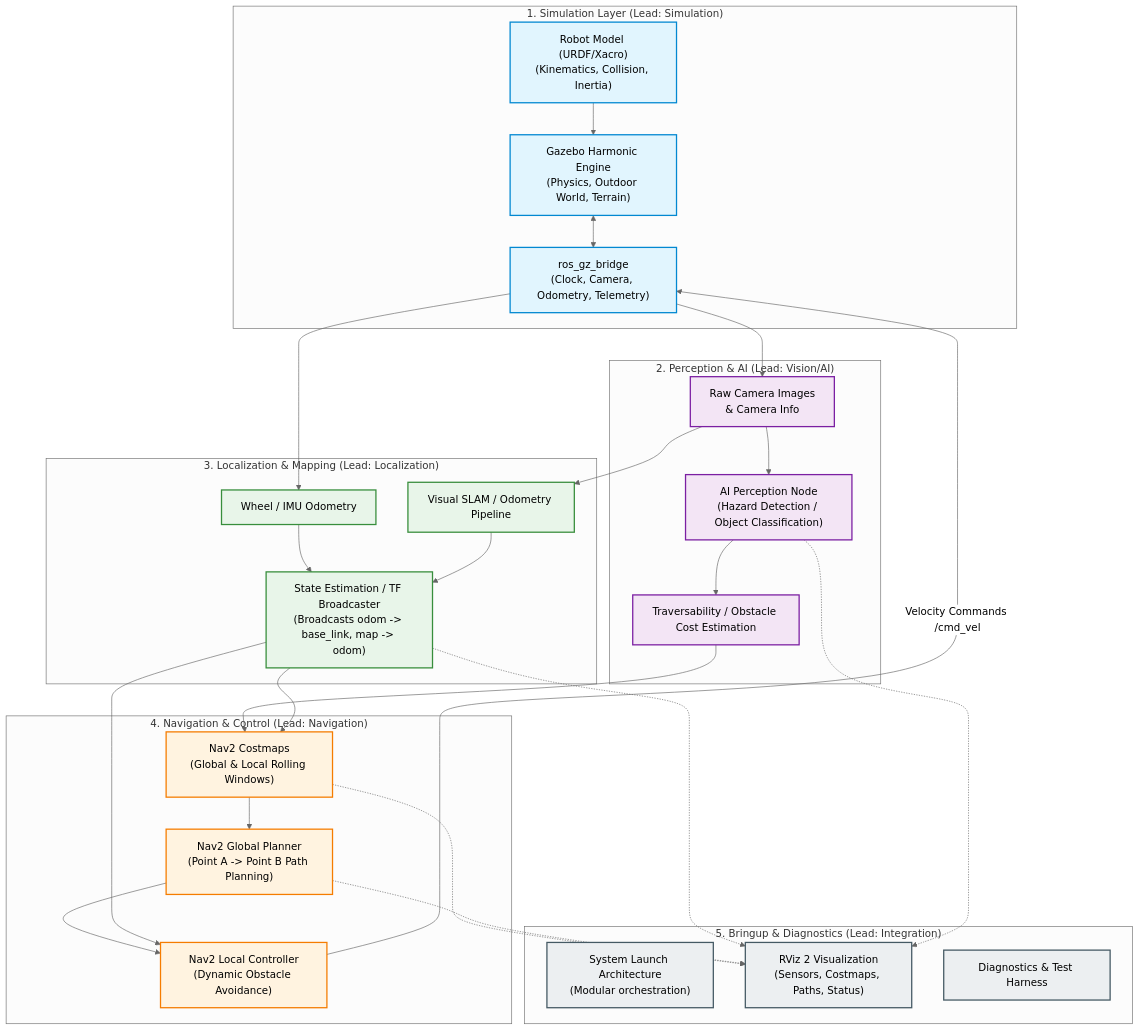
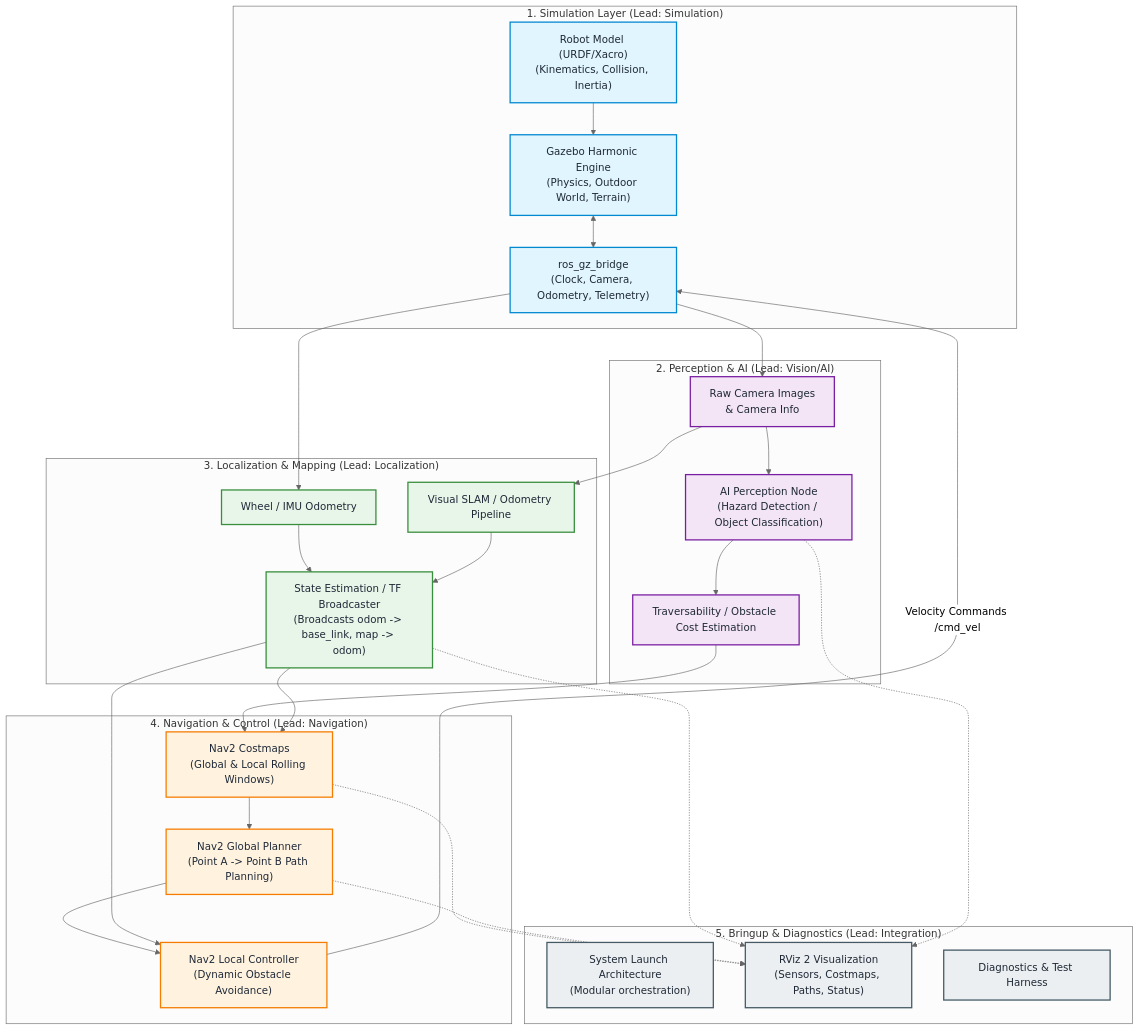
The diagram in docs/ARCHITECTURE_OVERVIEW.md (OmkarSolat-17/trishul-ugv-integrated), drawn with Mermaid (neutral theme) before and after one commit. The commit also changed 4 other files, not shown here.

````diff
--- a/docs/ARCHITECTURE_OVERVIEW.md
+++ b/docs/ARCHITECTURE_OVERVIEW.md
@@ -9,63 +9,63 @@
 ```mermaid
 graph TD
     subgraph Simulation Layer ["1. Simulation Layer (Lead: Simulation)"]
         GZ["Gazebo Harmonic Engine\n(Physics, Outdoor World, Terrain)"]
         URDF["Robot Model (URDF/Xacro)\n(Kinematics, Collision, Inertia)"]
         BRIDGE["ros_gz_bridge\n(Clock, Camera, Odometry, Telemetry)"]
         GZ <--> BRIDGE
         URDF --> GZ
     end
 
     subgraph Perception Layer ["2. Perception & AI (Lead: Vision/AI)"]
         CAM["Raw Camera Images\n& Camera Info"]
         AI["AI Perception Node\n(Hazard Detection / Object Classification)"]
         TRAV["Traversability / Obstacle Cost Estimation"]
         BRIDGE --> CAM
         CAM --> AI
         AI --> TRAV
     end
 
     subgraph Localization Layer ["3. Localization & Mapping (Lead: Localization)"]
         ODOM["Wheel / IMU Odometry"]
         VSLAM["Visual SLAM / Odometry Pipeline"]
         FUSION["State Estimation / TF Broadcaster\n(Broadcasts odom -> base_link, map -> odom)"]
         BRIDGE --> ODOM
         CAM --> VSLAM
         ODOM --> FUSION
         VSLAM --> FUSION
     end
 
     subgraph Navigation Layer ["4. Navigation & Control (Lead: Navigation)"]
         COSTMAP["Nav2 Costmaps\n(Global & Local Rolling Windows)"]
         PLANNER["Nav2 Global Planner\n(Point A -> Point B Path Planning)"]
         CONTROLLER["Nav2 Local Controller\n(Dynamic Obstacle Avoidance)"]
         TRAV --> COSTMAP
         FUSION --> COSTMAP
         COSTMAP --> PLANNER
         PLANNER --> CONTROLLER
         FUSION --> CONTROLLER
     end
 
     subgraph Bringup & Integration ["5. Bringup & Diagnostics (Lead: Integration)"]
         LAUNCH["System Launch Architecture\n(Modular orchestration)"]
         RVIZ["RViz 2 Visualization\n(Sensors, Costmaps, Paths, Status)"]
         DIAG["Diagnostics & Test Harness"]
         CONTROLLER -->|Velocity Commands /cmd_vel| BRIDGE
         FUSION -.-> RVIZ
         COSTMAP -.-> RVIZ
         PLANNER -.-> RVIZ
         AI -.-> RVIZ
     end
 
-    classDef sim fill:#e1f5fe,stroke:#0288d1,stroke-width:2px;
-    classDef perc fill:#f3e5f5,stroke:#7b1fa2,stroke-width:2px;
-    classDef loc fill:#e8f5e9,stroke:#388e3c,stroke-width:2px;
-    classDef nav fill:#fff3e0,stroke:#f57c00,stroke-width:2px;
-    classDef bring fill:#eceff1,stroke:#455a64,stroke-width:2px;
+    classDef sim fill:#e1f5fe,stroke:#0288d1,stroke-width:2px,color:#1f2937;
+    classDef perc fill:#f3e5f5,stroke:#7b1fa2,stroke-width:2px,color:#1f2937;
+    classDef loc fill:#e8f5e9,stroke:#388e3c,stroke-width:2px,color:#1f2937;
+    classDef nav fill:#fff3e0,stroke:#f57c00,stroke-width:2px,color:#1f2937;
+    classDef bring fill:#eceff1,stroke:#455a64,stroke-width:2px,color:#1f2937;
 
     class GZ,URDF,BRIDGE sim;
     class CAM,AI,TRAV perc;
     class ODOM,VSLAM,FUSION loc;
     class COSTMAP,PLANNER,CONTROLLER nav;
     class LAUNCH,RVIZ,DIAG bring;
 ```
````
